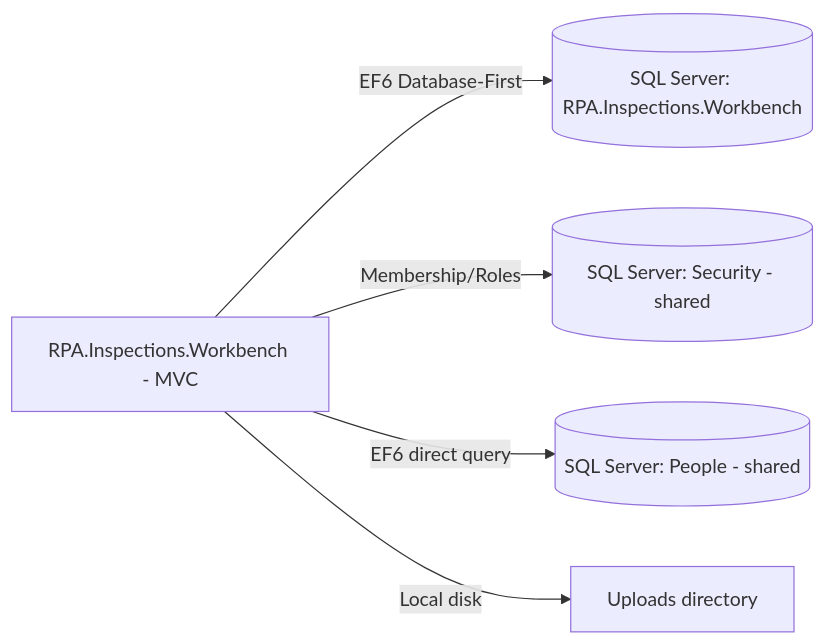
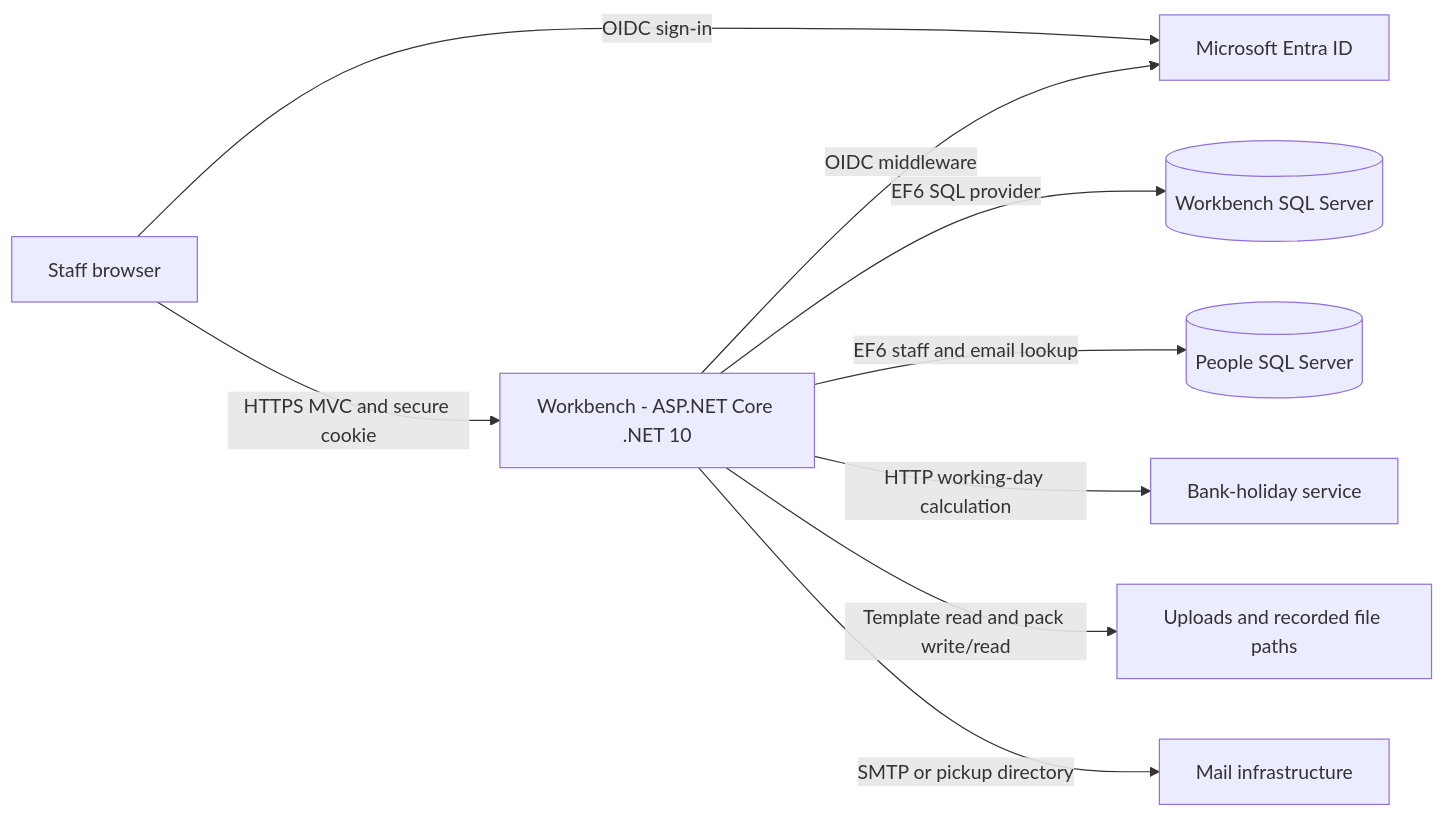
The diagram in reports/rpa-inspections-workbench.md (DEFRA/rpa-inspections-workbench), drawn with Mermaid before and after one commit. The commit also changed other lines of this file and 12 other files, not shown here.

Commit message:
Code changes for .NET MVC Core Upgrade

````diff
--- a/reports/rpa-inspections-workbench.md
+++ b/reports/rpa-inspections-workbench.md
@@ -58,7 +95,11 @@
 ```mermaid
 graph LR
-    A[RPA.Inspections.Workbench - MVC] -->|EF6 Database-First| B[(SQL Server: RPA.Inspections.Workbench)]
-    A -->|Membership/Roles| C[(SQL Server: Security - shared)]
-    A -->|EF6 direct query| D[(SQL Server: People - shared)]
-    A -->|Local disk| E[Uploads directory]
+    U[Staff browser] -->|HTTPS MVC and secure cookie| W[Workbench - ASP.NET Core .NET 10]
+    U -->|OIDC sign-in| E[Microsoft Entra ID]
+    W -->|OIDC middleware| E
+    W -->|EF6 SQL provider| D[(Workbench SQL Server)]
+    W -->|EF6 staff and email lookup| P[(People SQL Server)]
+    W -->|HTTP working-day calculation| H[Bank-holiday service]
+    W -->|Template read and pack write/read| F[Uploads and recorded file paths]
+    W -->|SMTP or pickup directory| M[Mail infrastructure]
 ```
````
